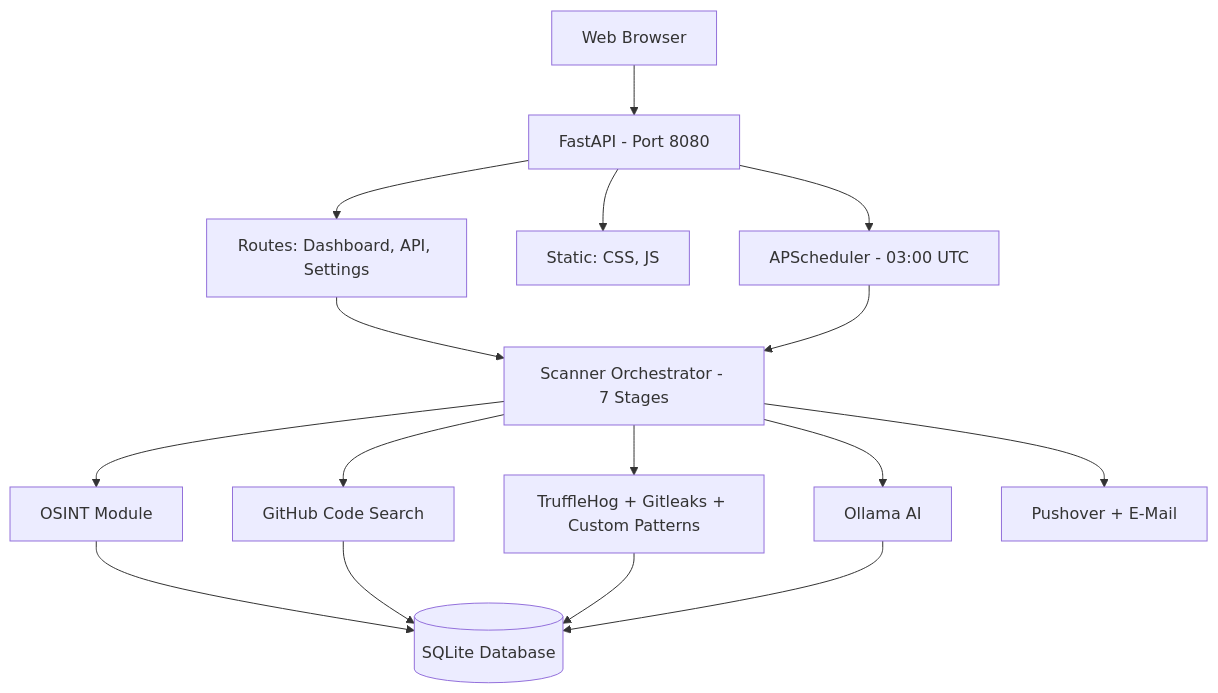
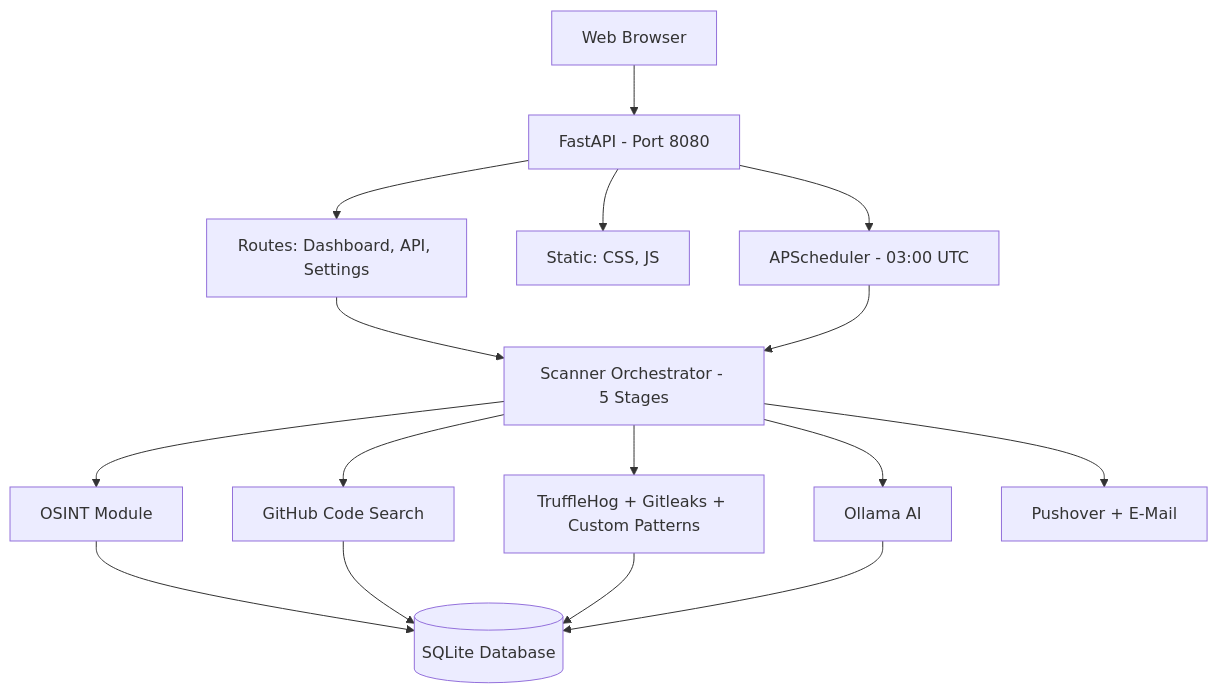
The diagram in docs/ADMINHANDBUCH.md (icepaule/Ice-Leak-Monitoring), drawn with Mermaid before and after one commit. The commit also changed other lines of this file and 12 other files, not shown here.

````diff
--- a/docs/ADMINHANDBUCH.md
+++ b/docs/ADMINHANDBUCH.md
@@ -5,23 +5,23 @@
 ```mermaid
 graph TB
     Browser[Web Browser] --> FastAPI[FastAPI - Port 8080]
 
     FastAPI --> Routes[Routes: Dashboard, API, Settings]
     FastAPI --> Static[Static: CSS, JS]
     FastAPI --> Scheduler[APScheduler - 03:00 UTC]
 
-    Routes --> Orchestrator[Scanner Orchestrator - 7 Stages]
+    Routes --> Orchestrator[Scanner Orchestrator - 5 Stages]
     Scheduler --> Orchestrator
 
     Orchestrator --> OSINT[OSINT Module]
     Orchestrator --> GitHub[GitHub Code Search]
     Orchestrator --> Ollama[Ollama AI]
     Orchestrator --> Scanners[TruffleHog + Gitleaks + Custom Patterns]
 
     OSINT --> DB[(SQLite Database)]
     GitHub --> DB
     Scanners --> DB
     Ollama --> DB
 
     Orchestrator --> Notify[Pushover + E-Mail]
 ```
````
